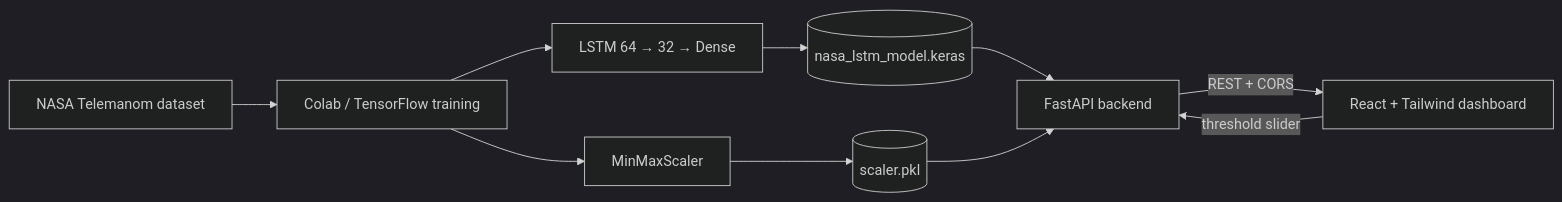
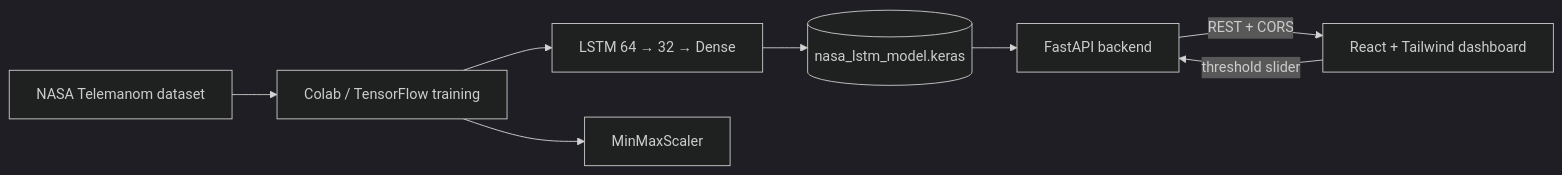
One commit to ArditCeno/Spacecraft-Anomaly-Detection-AI changed the diagram in README.md. Above: the diagram before and after it, drawn with Mermaid (dark theme). The commit also changed other lines of this file and 3 other files, not shown here.

````diff
--- a/README.md
+++ b/README.md
@@ -49,12 +49,10 @@
 ```mermaid
 flowchart LR
     A[NASA Telemanom dataset] --> B[Colab / TensorFlow training]
     B --> C[LSTM 64 → 32 → Dense]
     B --> D[MinMaxScaler]
     C --> E[(nasa_lstm_model.keras)]
-    D --> F[(scaler.pkl)]
     E --> G[FastAPI backend]
-    F --> G
     G -->|REST + CORS| H[React + Tailwind dashboard]
     H -->|threshold slider| G
 ```
````
